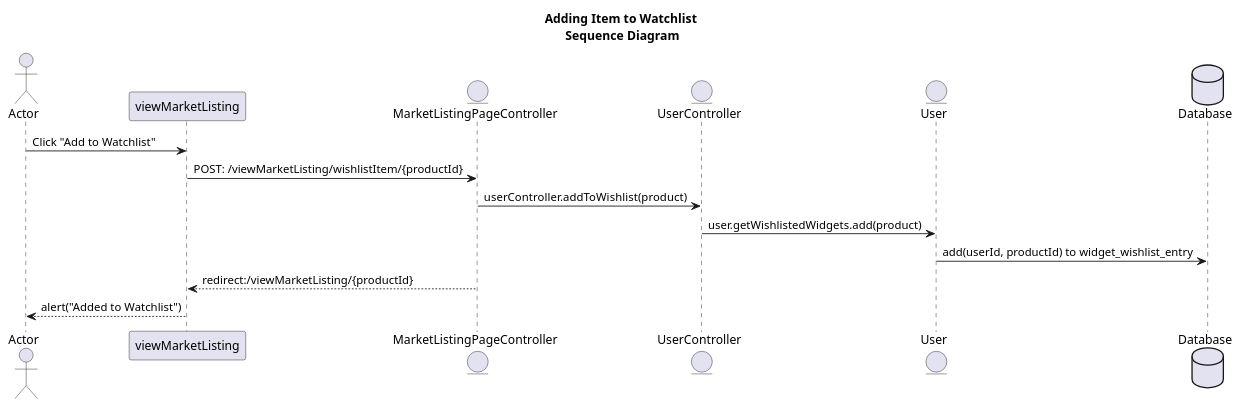
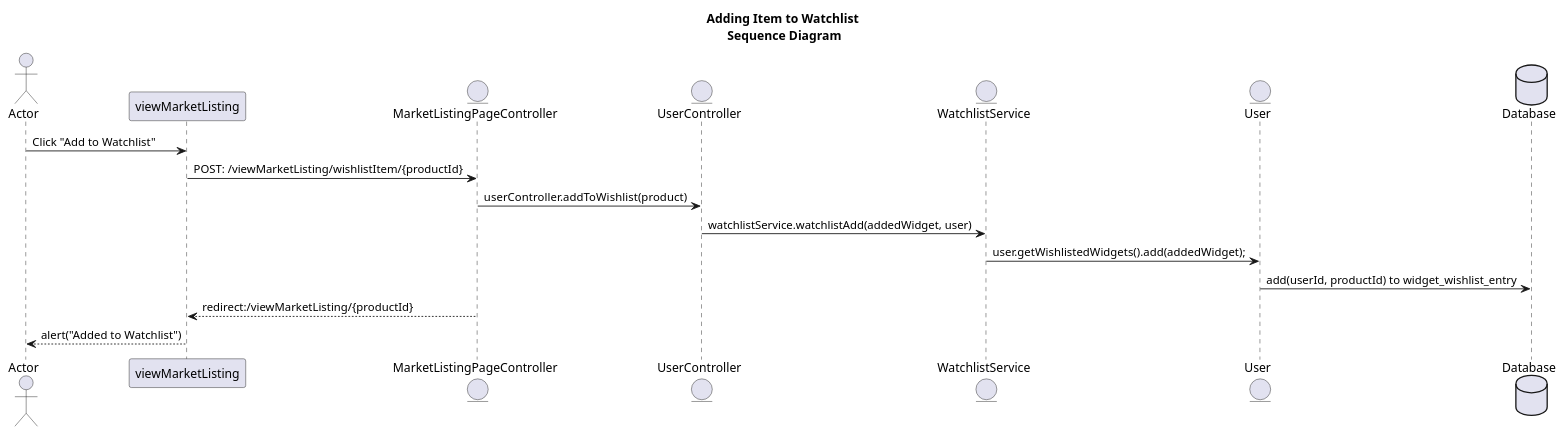
One commit to lukemcelligott/Offerly changed the diagram in OnlineAuction/Documents/UML Diagrams/Watchlist/AddToWatchlistSequenceDiagram.puml. Above: the diagram before and after it, drawn with PlantUML. The commit also changed 1 other file, not shown here.

Commit message:
74 - updated watchlist puml files

```diff
--- a/OnlineAuction/Documents/UML Diagrams/Watchlist/AddToWatchlistSequenceDiagram.puml
+++ b/OnlineAuction/Documents/UML Diagrams/Watchlist/AddToWatchlistSequenceDiagram.puml
@@ -1,19 +1,21 @@
 @startuml
 title     Adding Item to Watchlist \nSequence Diagram
 
 actor          Actor                            as actor
 participant    viewMarketListing                as viewMarketListing
 entity         MarketListingPageController      as marketListController
 entity         UserController                   as userController
+entity         WatchlistService                 as watchlistService
 entity         User                             as user
 database       Database                         as database
 
 actor                  ->     viewMarketListing       : Click "Add to Watchlist"
 viewMarketListing      ->     marketListController    : POST: /viewMarketListing/wishlistItem/{productId}
 marketListController   ->     userController          : userController.addToWishlist(product)
-userController         ->     user                    : user.getWishlistedWidgets.add(product)
+userController         ->     watchlistService        : watchlistService.watchlistAdd(addedWidget, user)
+watchlistService       ->     user                    : user.getWishlistedWidgets().add(addedWidget);
 user                   ->     database                : add(userId, productId) to widget_wishlist_entry
 marketListController   -->    viewMarketListing       : redirect:/viewMarketListing/{productId}
 viewMarketListing      -->    actor                   : alert("Added to Watchlist")
 
 @enduml
```
